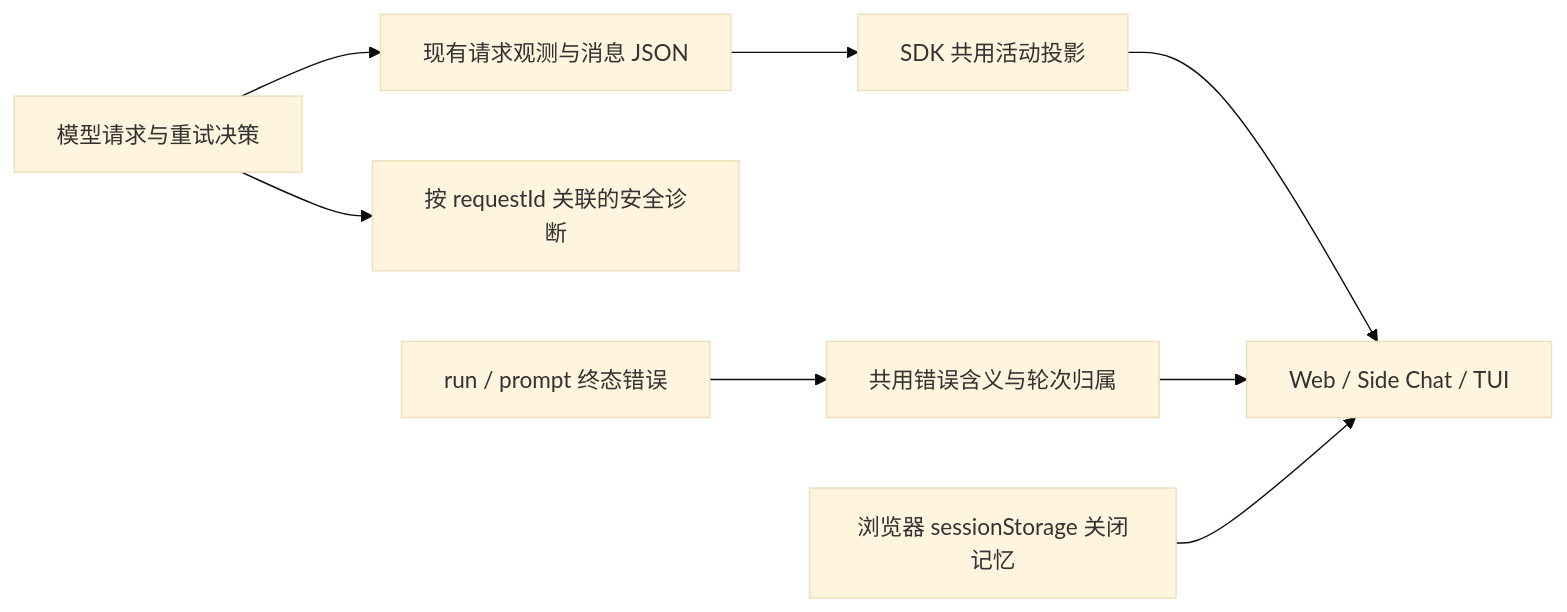
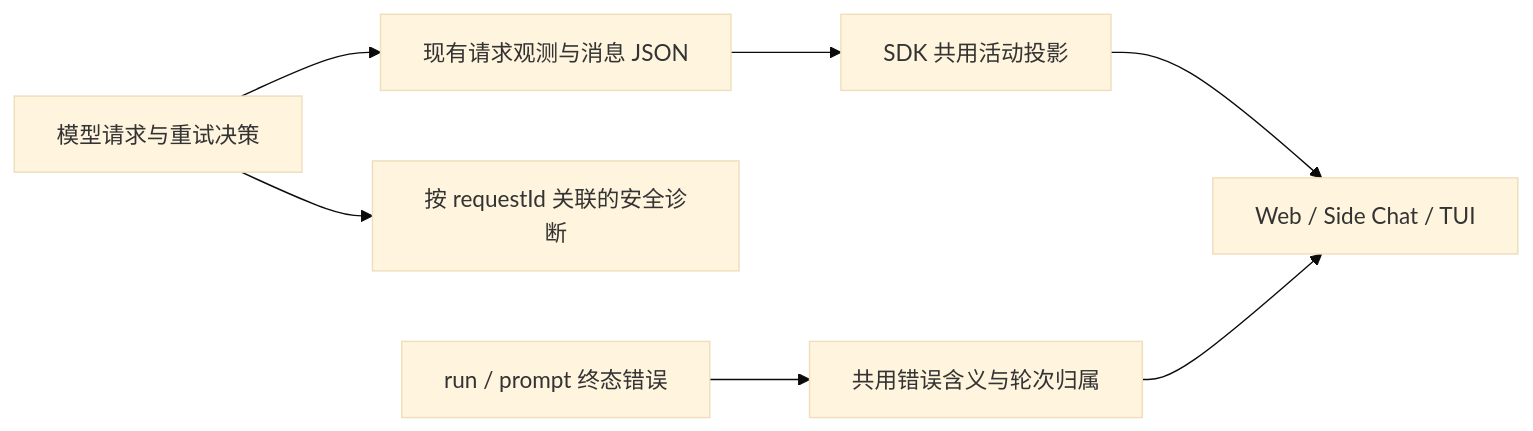
The diagram in docs/problem-lists/2026-11-11-model-waiting-and-error-feedback/improve-1/02-optimization-plan-and-change-scope.md (diverHansun/ohbaby-agent), drawn with Mermaid (base theme) before and after one commit. The commit also changed other lines of this file and 7 other files, not shown here.

````diff
--- a/docs/problem-lists/2026-11-11-model-waiting-and-error-feedback/improve-1/02-optimization-plan-and-change-scope.md
+++ b/docs/problem-lists/2026-11-11-model-waiting-and-error-feedback/improve-1/02-optimization-plan-and-change-scope.md
@@ -11,10 +11,9 @@
 ```mermaid
 flowchart LR
   A[模型请求与重试决策] --> B[现有请求观测与消息 JSON]
   A --> C[按 requestId 关联的安全诊断]
   B --> D[SDK 共用活动投影]
   E[run / prompt 终态错误] --> F[共用错误含义与轮次归属]
   D --> G[Web / Side Chat / TUI]
   F --> G
-  H[浏览器 sessionStorage 关闭记忆] --> G
 ```
````
